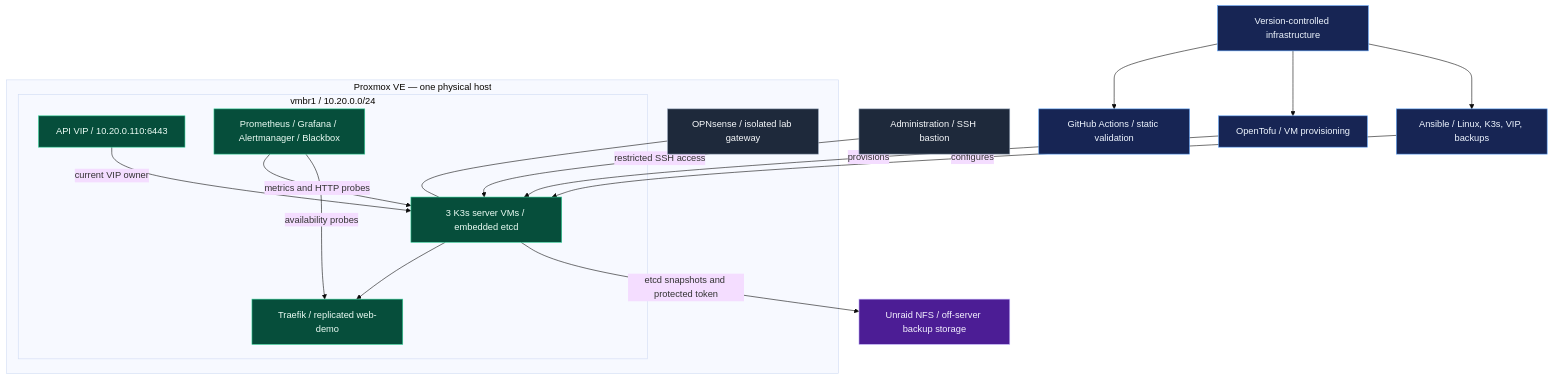
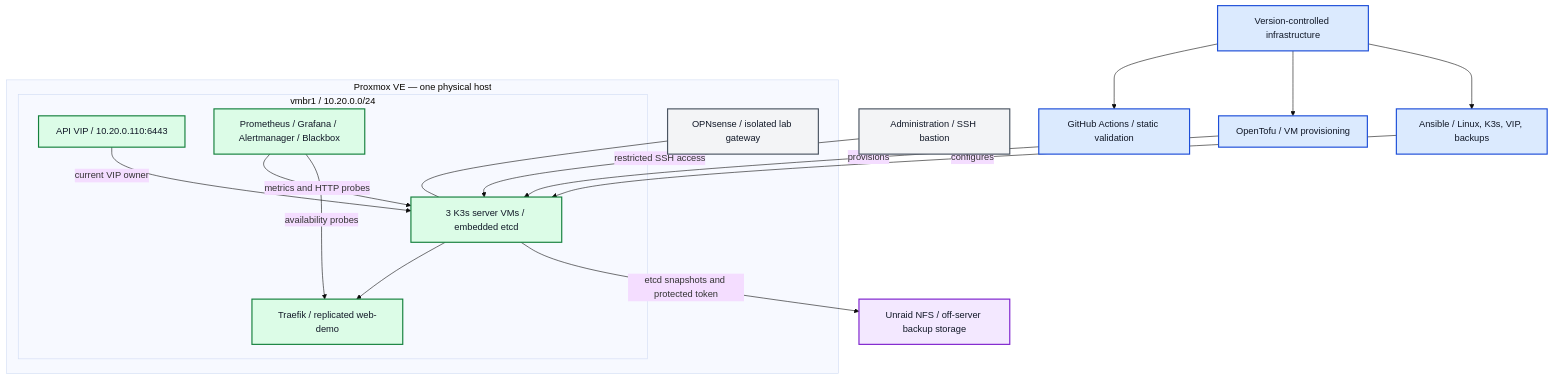
One commit to Capasiter/homelab-portfolio changed the first of 2 diagrams in README.md. Above: the diagram before and after it, drawn with Mermaid (base theme). The commit also changed other lines of this file, not shown here.

Commit message:
docs: improve architecture diagram contrast

````diff
--- a/README.md
+++ b/README.md
@@ -32,36 +32,36 @@
 ```mermaid
 flowchart TD
     Git["Version-controlled infrastructure"] --> CI["GitHub Actions / static validation"]
     Git --> Tofu["OpenTofu / VM provisioning"]
     Git --> Ansible["Ansible / Linux, K3s, VIP, backups"]
     Admin["Administration / SSH bastion"]
 
     subgraph PVE["Proxmox VE — one physical host"]
         Gateway["OPNsense / isolated lab gateway"]
         subgraph Lab["vmbr1 / 10.20.0.0/24"]
             VIP["API VIP / 10.20.0.110:6443"]
             Cluster["3 K3s server VMs / embedded etcd"]
             App["Traefik / replicated web-demo"]
             Observe["Prometheus / Grafana / Alertmanager / Blackbox"]
         end
         Gateway --- Cluster
         VIP -->|"current VIP owner"| Cluster
         Cluster --> App
         Observe -->|"metrics and HTTP probes"| Cluster
         Observe -->|"availability probes"| App
     end
 
     Tofu -->|"provisions"| Cluster
     Ansible -->|"configures"| Cluster
     Admin -->|"restricted SSH access"| Cluster
     Cluster -->|"etcd snapshots and protected token"| Backup["Unraid NFS / off-server backup storage"]
 
-    classDef delivery fill:#172554,stroke:#60a5fa,color:#eff6ff
-    classDef runtime fill:#064e3b,stroke:#34d399,color:#ecfdf5
-    classDef recovery fill:#4c1d95,stroke:#c4b5fd,color:#f5f3ff
-    classDef boundary fill:#1e293b,stroke:#94a3b8,color:#f8fafc
+    classDef delivery fill:#DBEAFE,stroke:#1D4ED8,color:#111827,stroke-width:2px,font-size:16px
+    classDef runtime fill:#DCFCE7,stroke:#15803D,color:#111827,stroke-width:2px,font-size:16px
+    classDef recovery fill:#F3E8FF,stroke:#7E22CE,color:#111827,stroke-width:2px,font-size:16px
+    classDef boundary fill:#F3F4F6,stroke:#4B5563,color:#111827,stroke-width:2px,font-size:16px
     class Git,CI,Tofu,Ansible delivery
     class VIP,Cluster,App,Observe runtime
     class Backup recovery
     class Admin,Gateway boundary
 ```
````
